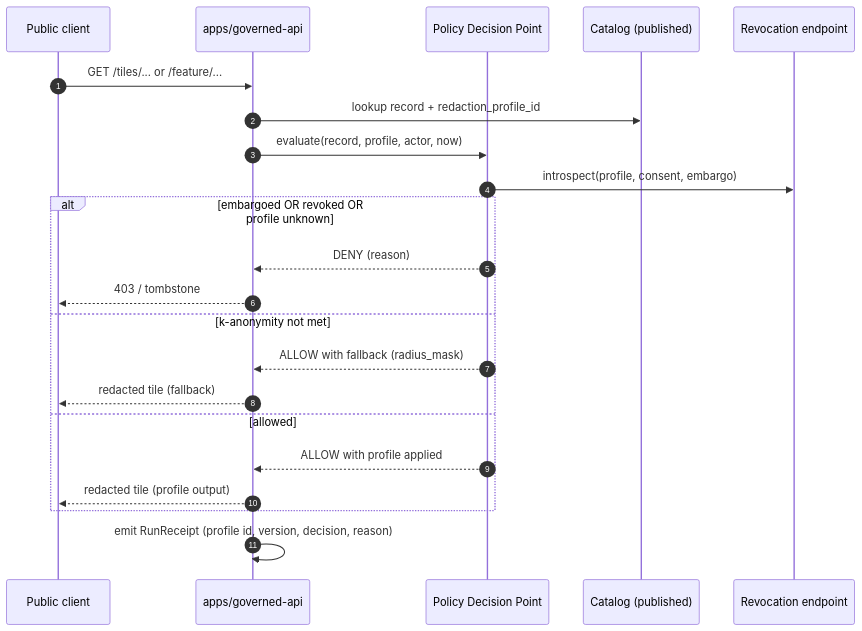
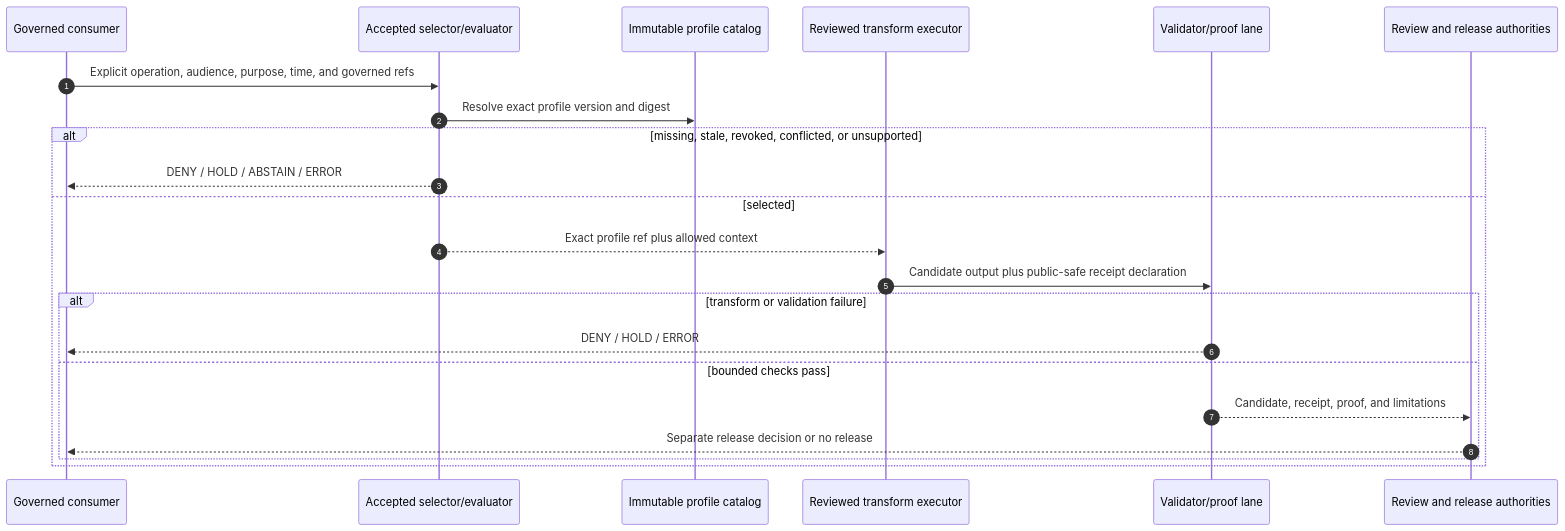
Before and after one commit to bartytime4life/Kansas-Frontier-Matrix: the second of 2 diagrams in docs/standards/REDACTION_PROFILES.md, drawn with Mermaid. The commit also changed other lines of this file, not shown here.

Commit message:
docs: modernize redaction profiles boundary

````diff
--- a/docs/standards/REDACTION_PROFILES.md
+++ b/docs/standards/REDACTION_PROFILES.md
@@ -364,25 +494,25 @@
 ```mermaid
 sequenceDiagram
   autonumber
-  participant Client as Public client
-  participant API as apps/governed-api
-  participant PDP as Policy Decision Point
-  participant Cat as Catalog (published)
-  participant Rev as Revocation endpoint
+  participant C as Governed consumer
+  participant S as Accepted selector/evaluator
+  participant P as Immutable profile catalog
+  participant X as Reviewed transform executor
+  participant V as Validator/proof lane
+  participant R as Review and release authorities
 
-  Client->>API: GET /tiles/... or /feature/...
-  API->>Cat: lookup record + redaction_profile_id
-  API->>PDP: evaluate(record, profile, actor, now)
-  PDP->>Rev: introspect(profile, consent, embargo)
-  alt embargoed OR revoked OR profile unknown
-    PDP-->>API: DENY (reason)
-    API-->>Client: 403 / tombstone
-  else k-anonymity not met
-    PDP-->>API: ALLOW with fallback (radius_mask)
-    API-->>Client: redacted tile (fallback)
-  else allowed
-    PDP-->>API: ALLOW with profile applied
-    API-->>Client: redacted tile (profile output)
+  C->>S: Explicit operation, audience, purpose, time, and governed refs
+  S->>P: Resolve exact profile version and digest
+  alt missing, stale, revoked, conflicted, or unsupported
+    S-->>C: DENY / HOLD / ABSTAIN / ERROR
+  else selected
+    S-->>X: Exact profile ref plus allowed context
+    X->>V: Candidate output plus public-safe receipt declaration
+    alt transform or validation failure
+      V-->>C: DENY / HOLD / ERROR
+    else bounded checks pass
+      V-->>R: Candidate, receipt, proof, and limitations
+      R-->>C: Separate release decision or no release
+    end
   end
-  API->>API: emit RunReceipt (profile id, version, decision, reason)
 ```
````
